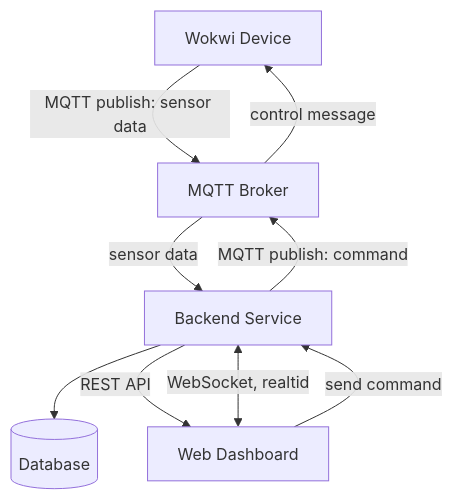
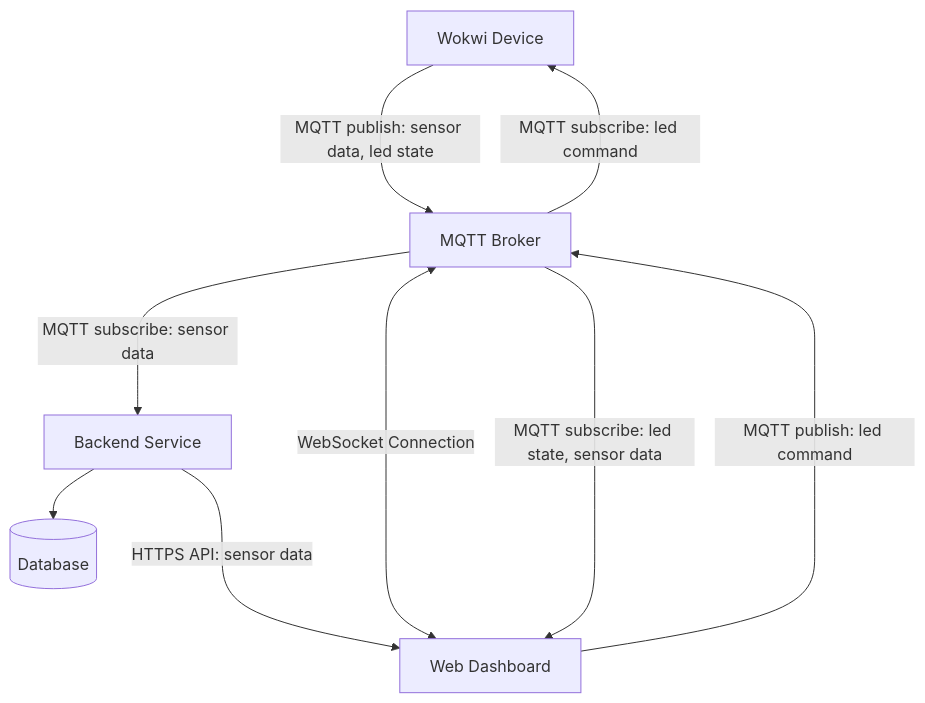
One commit to aangelinux/internet-of-things changed the diagram in README.md. Above: the diagram before and after it, drawn with Mermaid. The commit also changed other lines of this file, not shown here.

````diff
--- a/README.md
+++ b/README.md
@@ -25,11 +24,17 @@
 ```mermaid
 flowchart TD
-  A[Wokwi Device] -->|MQTT publish: sensor data| B[MQTT Broker]
-  B -->|sensor data| C[Backend Service]
-  C --> D[(Database)]
-  C -->|REST API| E[Web Dashboard]
-  E <-->|WebSocket, realtid| C
-  E -->|send command| C
-  C -->|MQTT publish: command| B
-  B -->|control message| A
+    A[Wokwi Device] 
+    B[MQTT Broker]
+    C[Backend Service]
+    D[(Database)]
+    E[Web Dashboard]
+
+    A --->|MQTT publish: sensor data, led state| B
+    B --->|MQTT subscribe: led command| A
+    B --->|MQTT subscribe: sensor data| C
+    C --> D
+    C --->|HTTPS API: sensor data| E
+    B <--->|WebSocket Connection| E
+    B --->|MQTT subscribe: led state, sensor data| E
+    E --->|MQTT publish: led command| B
 ```
````
